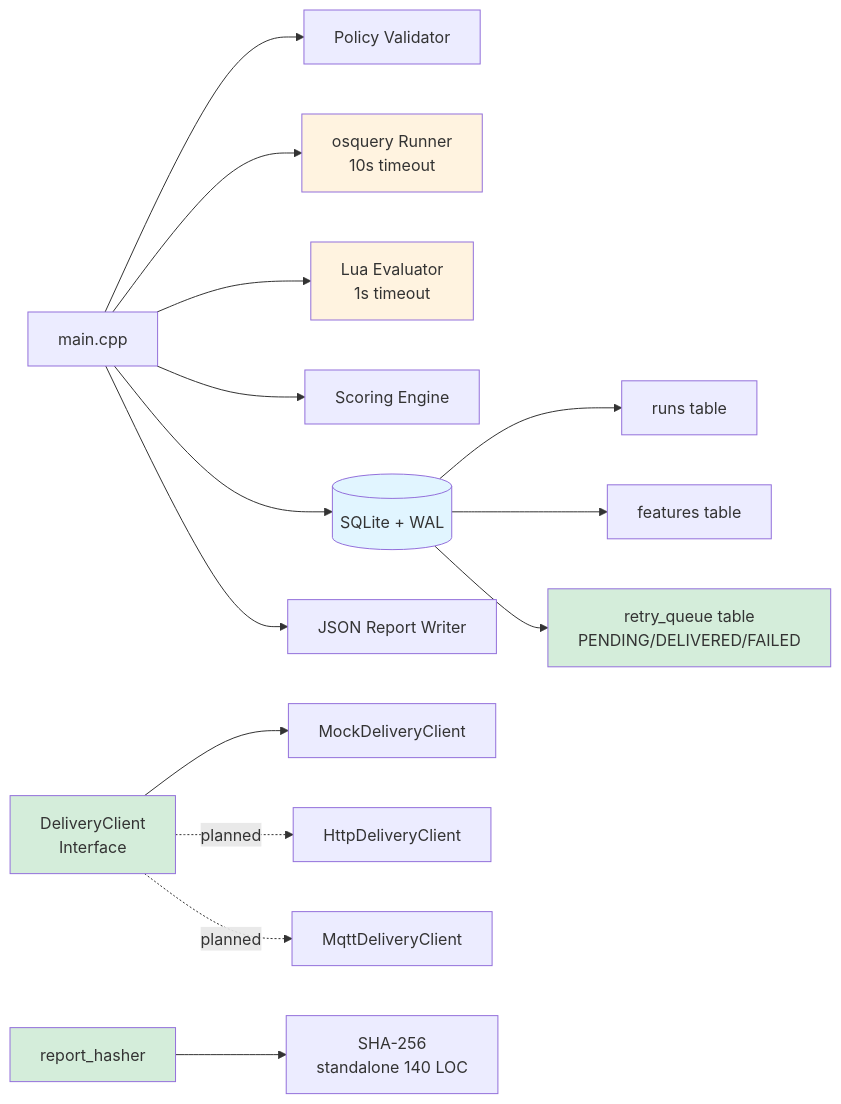
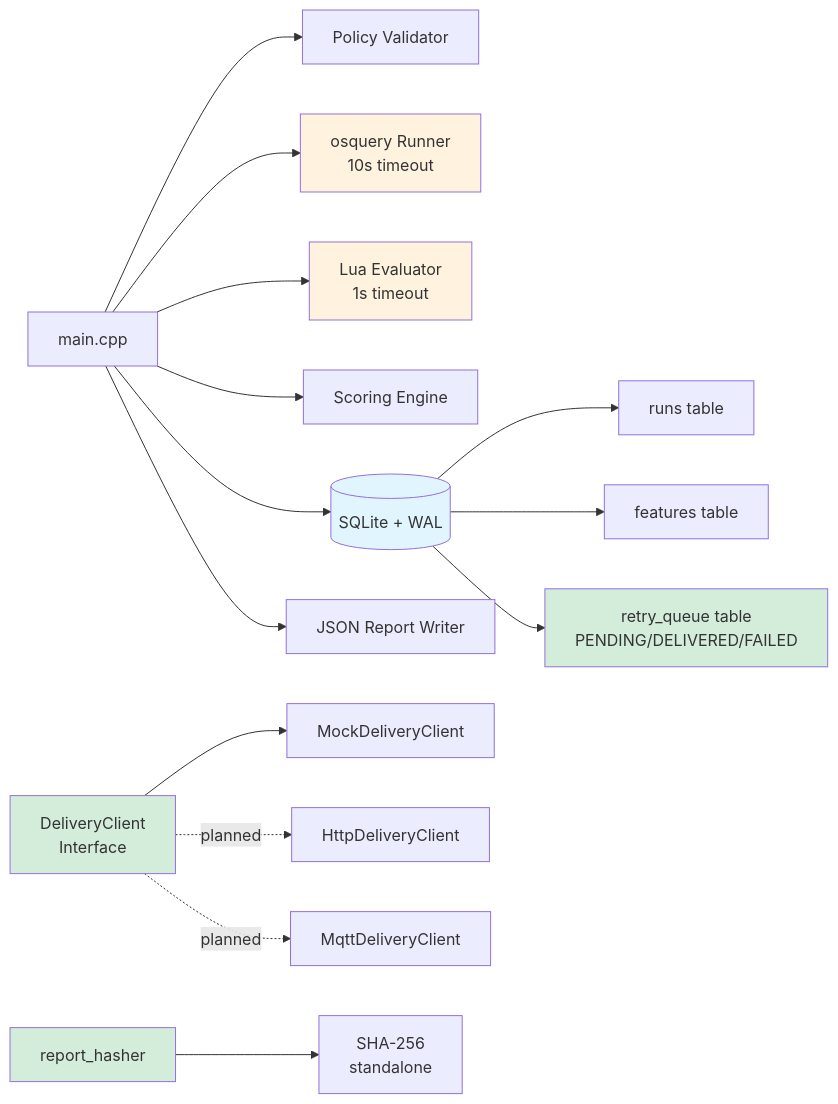
Before and after one commit to rohan2107/Sentinel: the diagram in README.md, drawn with Mermaid. The commit also changed other lines of this file and 6 other files, not shown here.

First line of the commit message:
docs: remove LOC estimates and clarify delivery roadmap

````diff
--- a/README.md
+++ b/README.md
@@ -268,26 +268,26 @@
 ```mermaid
 graph LR
     A[main.cpp] --> B[Policy Validator]
     A --> C[osquery Runner<br/>10s timeout]
     A --> D[Lua Evaluator<br/>1s timeout]
     A --> E[Scoring Engine]
     A --> F[(SQLite + WAL)]
     A --> I[JSON Report Writer]
     
     F --> G[runs table]
     F --> H[features table]
     F --> J[retry_queue table<br/>PENDING/DELIVERED/FAILED]
     
     K[DeliveryClient<br/>Interface] --> L[MockDeliveryClient]
     K -.planned.-> M[HttpDeliveryClient]
     K -.planned.-> N[MqttDeliveryClient]
     
-    O[report_hasher] --> P[SHA-256<br/>standalone 140 LOC]
+    O[report_hasher] --> P[SHA-256<br/>standalone]
     
     style F fill:#e1f5ff
     style C fill:#fff3e0
     style D fill:#fff3e0
     style J fill:#d4edda
     style K fill:#d4edda
     style O fill:#d4edda
 ```
````
